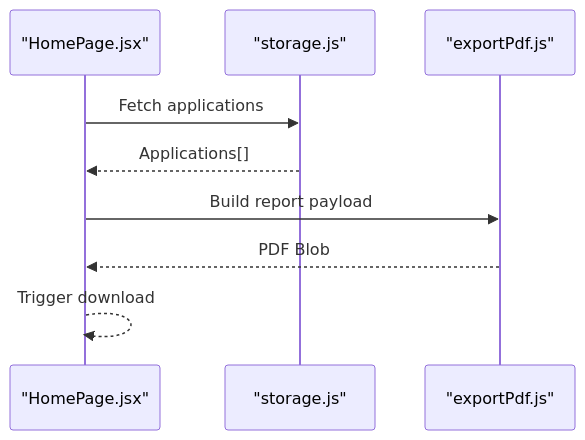
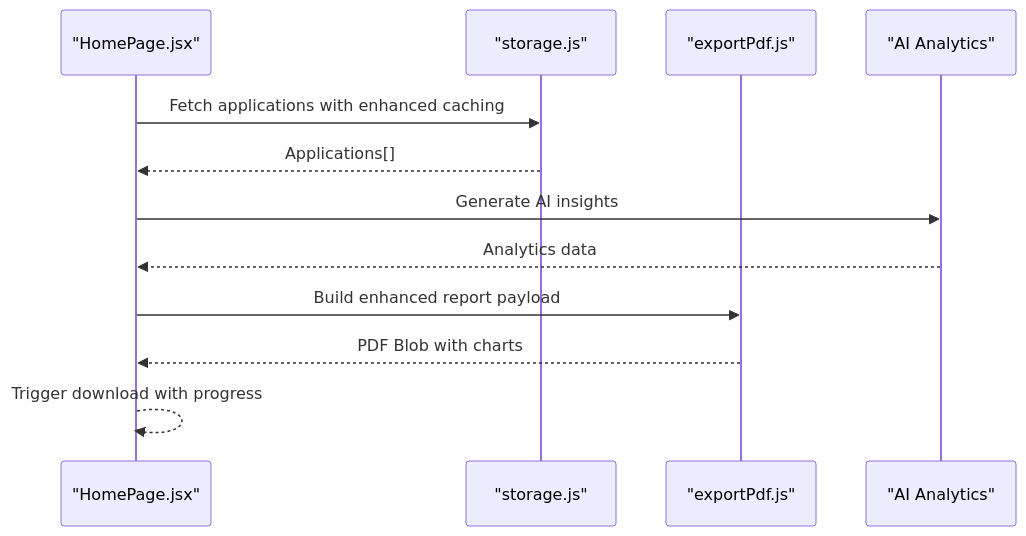
Before and after one commit to zmyeo54/briefroom: the eighth of 12 diagrams in .qoder/repowiki/en/content/Core Features/Job Application Management.md, drawn with Mermaid. The commit also changed other lines of this file and 37 other files, not shown here.

````diff
--- a/.qoder/repowiki/en/content/Core Features/Job Application Management.md
+++ b/.qoder/repowiki/en/content/Core Features/Job Application Management.md
@@ -364,11 +415,14 @@
 ```mermaid
 sequenceDiagram
 participant HP as "HomePage.jsx"
 participant ST as "storage.js"
 participant EP as "exportPdf.js"
-HP->>ST : Fetch applications
+participant AI as "AI Analytics"
+HP->>ST : Fetch applications with enhanced caching
 ST-->>HP : Applications[]
-HP->>EP : Build report payload
-EP-->>HP : PDF Blob
-HP-->>HP : Trigger download
+HP->>AI : Generate AI insights
+AI-->>HP : Analytics data
+HP->>EP : Build enhanced report payload
+EP-->>HP : PDF Blob with charts
+HP-->>HP : Trigger download with progress
 ```
````
